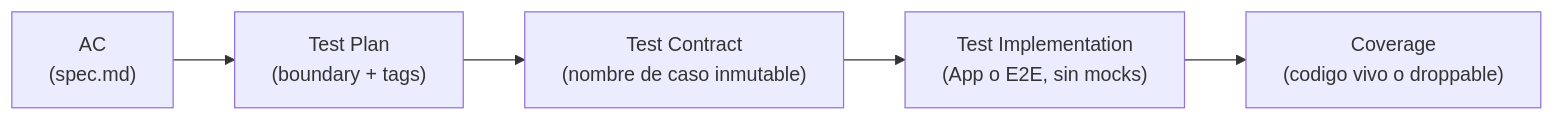
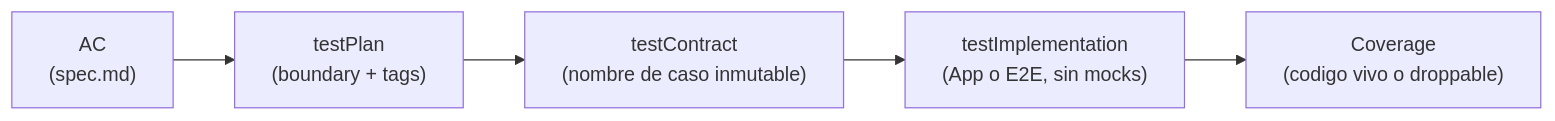
The sixth of 10 diagrams in docs/execution/red.md (virgenherrera/idea-to-mvp), drawn with Mermaid before and after one commit. The commit also changed other lines of this file and 30 other files, not shown here.

````diff
--- a/docs/execution/red.md
+++ b/docs/execution/red.md
@@ -376,7 +399,7 @@
 ```mermaid
 flowchart LR
-    AC["AC\n(spec.md)"] --> PLAN["Test Plan\n(boundary + tags)"]
-    PLAN --> CONTRACT["Test Contract\n(nombre de caso inmutable)"]
-    CONTRACT --> IMPL["Test Implementation\n(App o E2E, sin mocks)"]
+    AC["AC\n(spec.md)"] --> PLAN["testPlan\n(boundary + tags)"]
+    PLAN --> CONTRACT["testContract\n(nombre de caso inmutable)"]
+    CONTRACT --> IMPL["testImplementation\n(App o E2E, sin mocks)"]
     IMPL --> COV["Coverage\n(codigo vivo o droppable)"]
 ```
````
